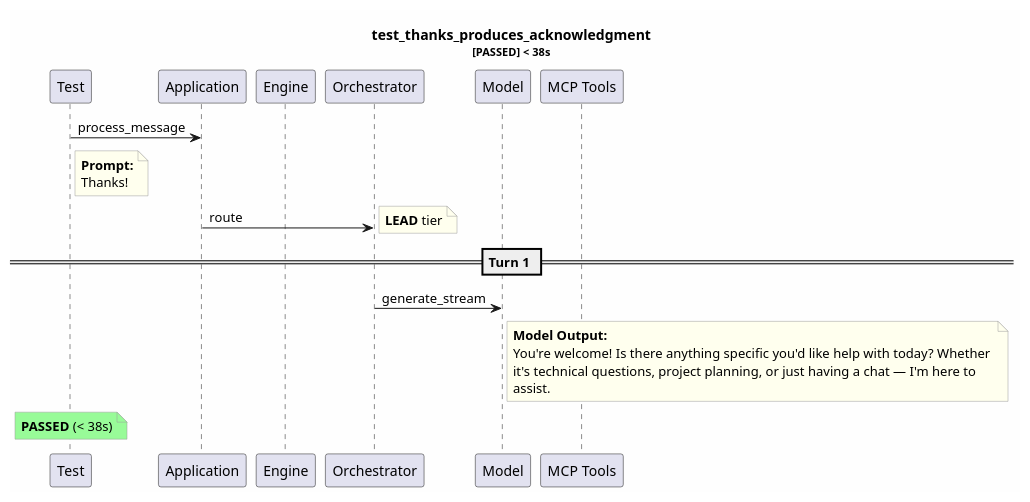
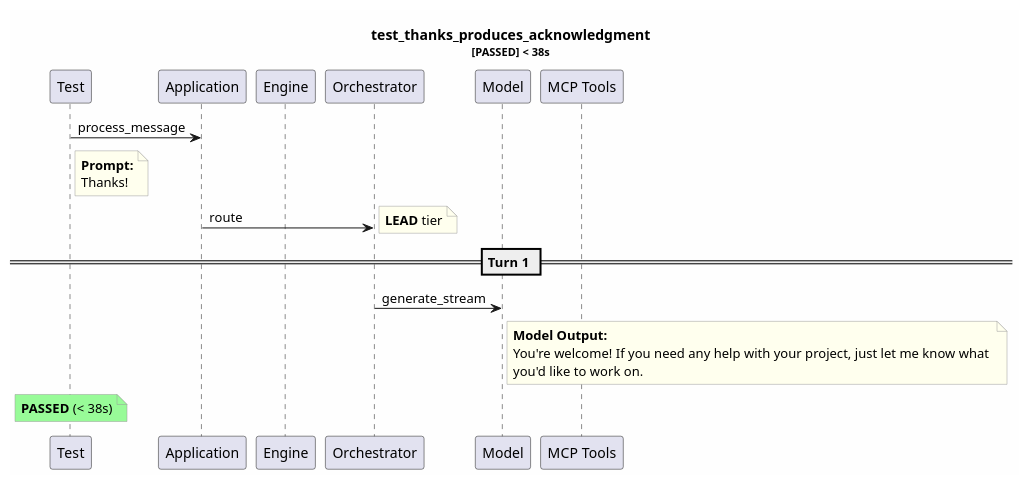
Before and after one commit to tvanfossen/entropic: the diagram in test-reports/logs/test_thanks_produces_acknowledgment/test_thanks_produces_acknowledgment.puml, drawn with PlantUML. The commit also changed 13 other files, not shown here.

```diff
--- a/test-reports/logs/test_thanks_produces_acknowledgment/test_thanks_produces_acknowledgment.puml
+++ b/test-reports/logs/test_thanks_produces_acknowledgment/test_thanks_produces_acknowledgment.puml
@@ -1,33 +1,32 @@
 @startuml
 skinparam backgroundColor #FEFEFE
 skinparam noteBorderColor #999999
 skinparam noteBackgroundColor #FFFFEE
 title test_thanks_produces_acknowledgment\n<size:11>[PASSED] < 38s</size>
 
 participant "Test" as T
 participant "Application" as App
 participant "Engine" as Eng
 participant "Orchestrator" as Orch
 participant "Model" as Mdl
 participant "MCP Tools" as MCP
 
 T -> App: process_message
 note right of T
   **Prompt:**
   Thanks!
 end note
 App -> Orch: route
 note right: **LEAD** tier
 == Turn 1 ==
 Orch -> Mdl: generate_stream
 note right of Mdl
   **Model Output:**
-  You're welcome! Is there anything specific you'd like help with today? Whether 
-  it's technical questions, project planning, or just having a chat — I'm here to 
-  assist.
+  You're welcome! If you need any help with your project, just let me know what 
+  you'd like to work on.
 end note
 note over T #palegreen
   **PASSED** (< 38s)
 end note
 
 @enduml
```
